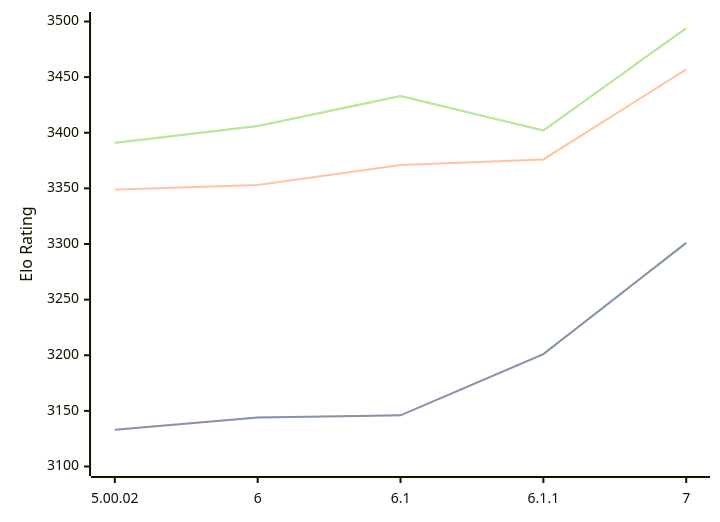
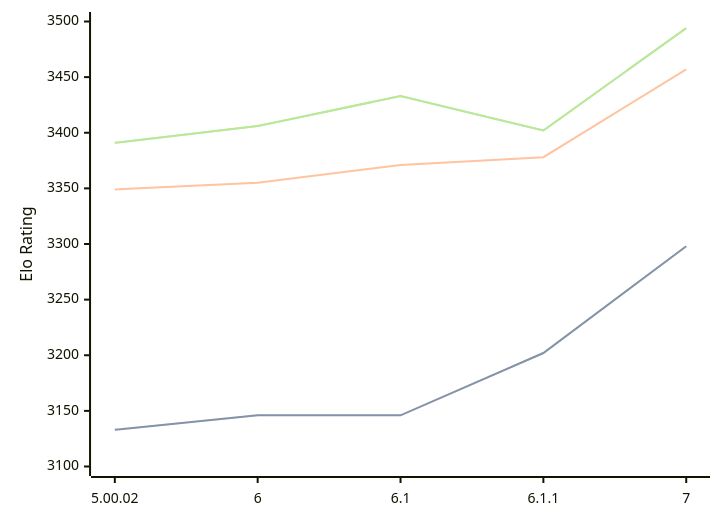
One commit to computer-chess-index/cci changed the diagram in engines/Zangdar.md. Above: the diagram before and after it, drawn with Mermaid. The commit also changed other lines of this file, not shown here.

````diff
--- a/engines/Zangdar.md
+++ b/engines/Zangdar.md
@@ -35,11 +35,11 @@
 ```mermaid
 %%{init: {"theme":"base","themeVariables":{"seriesColors:['#a3a3a3','#222221','#faa371']}}}%%
 xychart-beta
   x-axis ["5.00.02", "6", "6.1", "6.1.1", "7"]
   y-axis "Elo Rating" 3100 --> 3500
-  line "STC (8.0+0.08s)" [3133, 3144, 3146, 3201, 3301]
-  line "STC (8.0+0.08s)" [3133, 3144, 3146, 3201, 3301]
-  line "LTC (60.0+0.60s)" [3349, 3353, 3371, 3376, 3457]
+  line "STC (8.0+0.08s)" [3133, 3146, 3146, 3202, 3298]
+  line "STC (8.0+0.08s)" [3133, 3146, 3146, 3202, 3298]
+  line "LTC (60.0+0.60s)" [3349, 3355, 3371, 3378, 3457]
   line "VLTC (2m24s+1.12s)" [3391, 3406, 3433, 3402, 3494]
   line "VLTC (2m24s+1.12s)" [3391, 3406, 3433, 3402, 3494]
 ```
````
